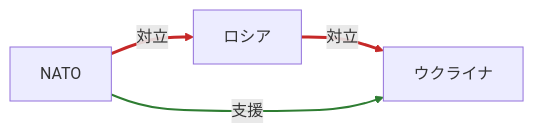
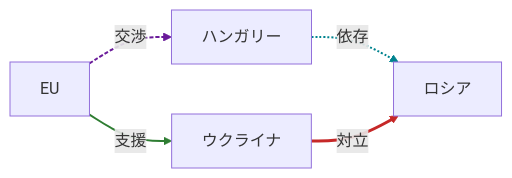
Before and after one commit to YUUUyutaro/tiseigaku: the fourth of 20 diagrams in docs/reports/2026-04-23.md, drawn with Mermaid. The commit also changed other lines of this file and 3 other files, not shown here.

````diff
--- a/docs/reports/2026-04-23.md
+++ b/docs/reports/2026-04-23.md
@@ -83,12 +76,15 @@
 ```mermaid
 graph LR
-  N0["ロシア"]
+  N0["EU"]
   N1["ウクライナ"]
-  N2["NATO"]
-  N0 -->|対立| N1
-  N2 -->|支援| N1
-  N2 -->|対立| N0
-  linkStyle 0 stroke:#c62828,stroke-width:3px;
-  linkStyle 1 stroke:#2e7d32,stroke-width:2px;
-  linkStyle 2 stroke:#c62828,stroke-width:3px;
+  N2["ハンガリー"]
+  N3["ロシア"]
+  N0 -->|支援| N1
+  N0 -->|交渉| N2
+  N2 -->|依存| N3
+  N1 -->|対立| N3
+  linkStyle 0 stroke:#2e7d32,stroke-width:2px;
+  linkStyle 1 stroke:#6a1b9a,stroke-width:2px,stroke-dasharray:4 2;
+  linkStyle 2 stroke:#00838f,stroke-width:2px,stroke-dasharray:2 2;
+  linkStyle 3 stroke:#c62828,stroke-width:3px;
 ```
````
